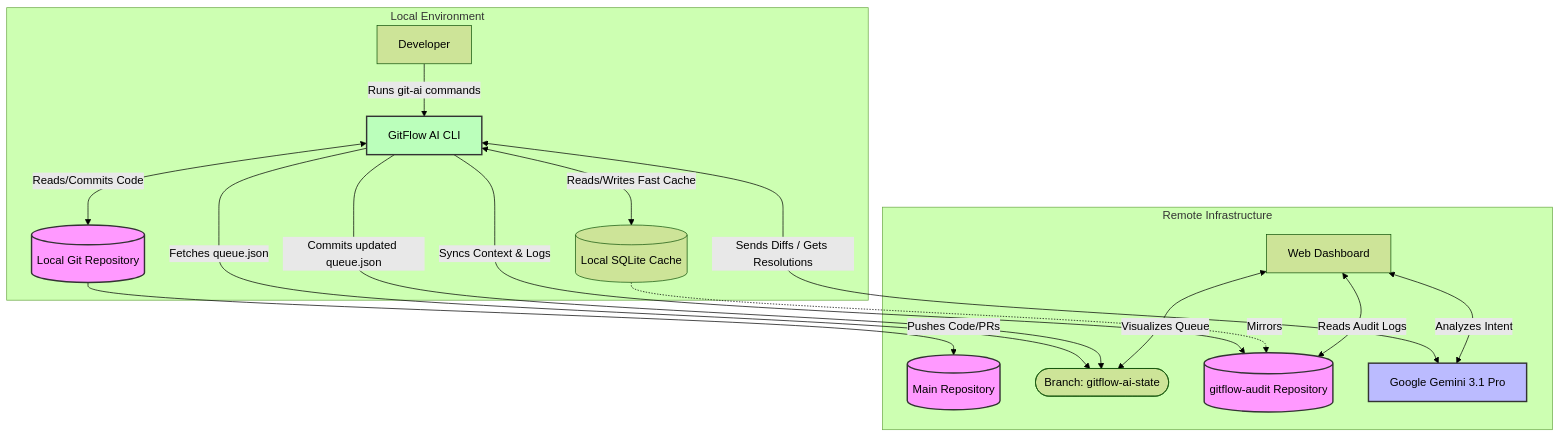
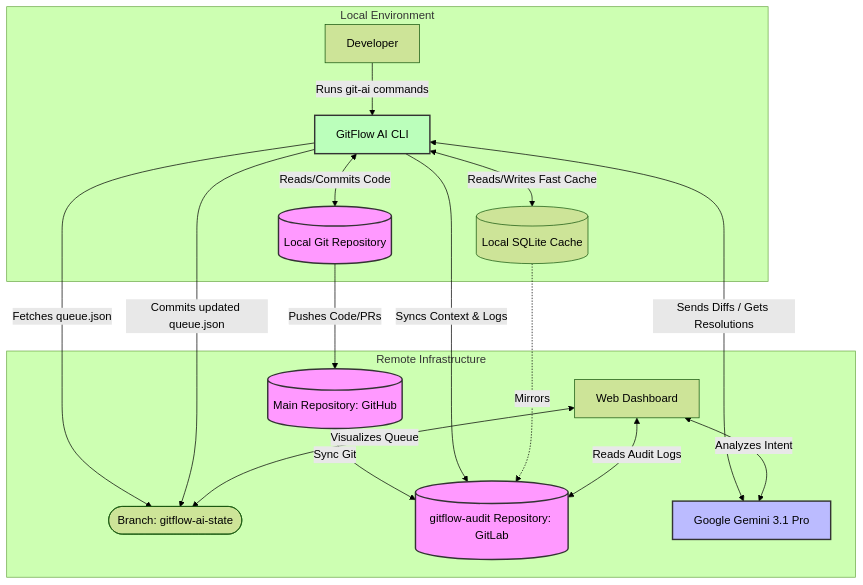
The diagram in ARCHITECTURE.md (shengliangsong-ai/gitflow-ai), drawn with Mermaid (forest theme) before and after one commit. The commit also changed 8 other files, not shown here.

First line of the commit message:
feat: Clarify Git sync source and destination

````diff
--- a/ARCHITECTURE.md
+++ b/ARCHITECTURE.md
@@ -7,49 +7,52 @@
 ```mermaid
 graph TD
     subgraph Local Environment
         Dev[Developer]
         CLI[GitFlow AI CLI]
         LocalRepo[(Local Git Repository)]
         LocalCache[(Local SQLite Cache)]
     end
 
     subgraph Remote Infrastructure
-        MainRepo[(Main Repository)]
+        MainRepo[(Main Repository: GitHub)]
         StateBranch([Branch: gitflow-ai-state])
-        AuditRepo[(gitflow-audit Repository)]
+        AuditRepo[(gitflow-audit Repository: GitLab)]
         Gemini[Google Gemini 3.1 Pro]
         Dashboard[Web Dashboard]
     end
 
     %% Developer Interactions
     Dev -->|Runs git-ai commands| CLI
     
     %% CLI to Local Repo
     CLI <-->|Reads/Commits Code| LocalRepo
     
     %% CLI to Remote Main Repo (State Branch)
     CLI -->|Fetches queue.json| StateBranch
     CLI -->|Commits updated queue.json| StateBranch
     LocalRepo -->|Pushes Code/PRs| MainRepo
+    
+    %% Sync Process
+    MainRepo -->|Sync Git| AuditRepo
     
     %% CLI to Audit Repo
     CLI -->|Syncs Context & Logs| AuditRepo
     CLI <-->|Reads/Writes Fast Cache| LocalCache
     LocalCache -.->|Mirrors| AuditRepo
     
     %% CLI to AI
     CLI <-->|Sends Diffs / Gets Resolutions| Gemini
     
     %% Dashboard Interactions
     Dashboard <-->|Visualizes Queue| StateBranch
     Dashboard <-->|Reads Audit Logs| AuditRepo
     Dashboard <-->|Analyzes Intent| Gemini
 
     classDef repo fill:#f9f,stroke:#333,stroke-width:2px;
     classDef ai fill:#bbf,stroke:#333,stroke-width:2px;
     classDef cli fill:#bfb,stroke:#333,stroke-width:2px;
     
     class MainRepo,AuditRepo,LocalRepo repo;
     class Gemini ai;
     class CLI cli;
 ```
````
